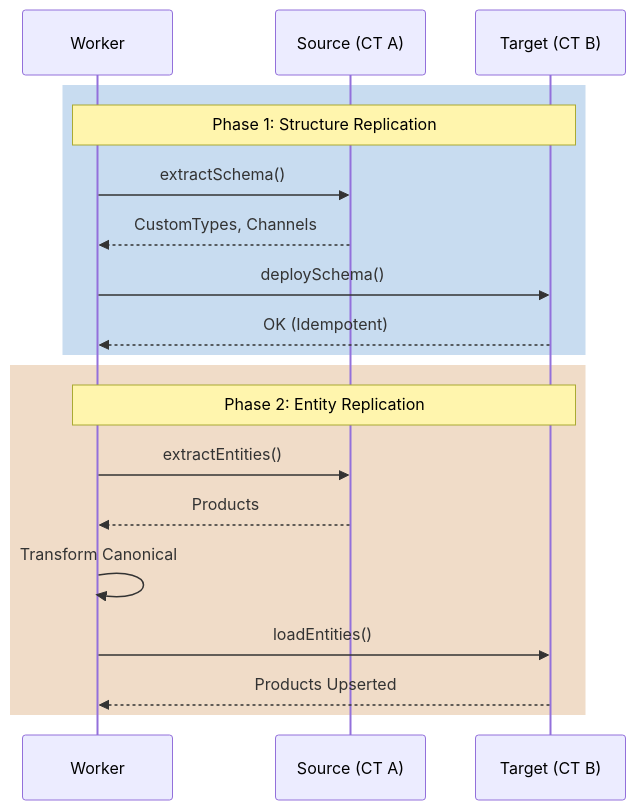
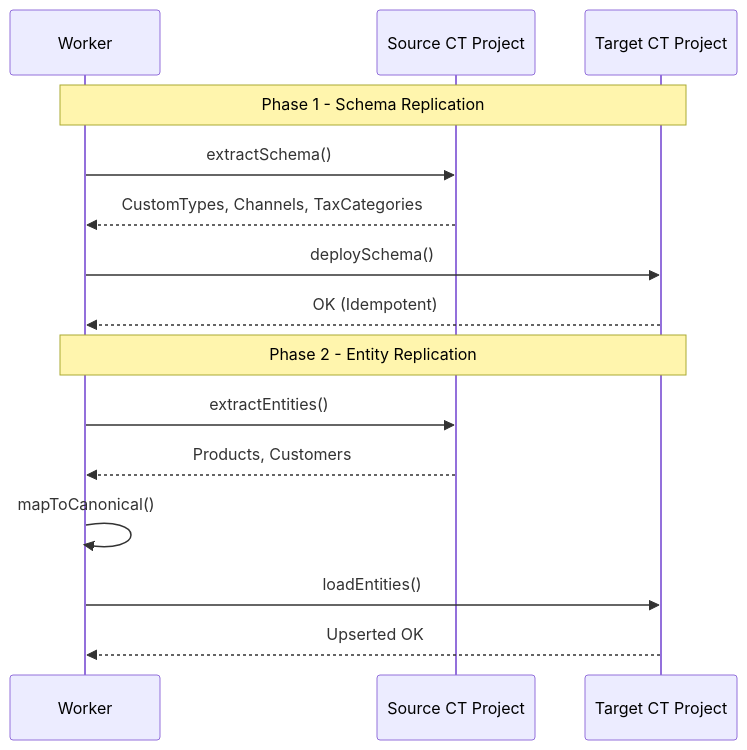
One commit to sonishivam1/commerce-orchestrator changed the third of 4 diagrams in docs/architecture/job-topologies.md. Above: the diagram before and after it, drawn with Mermaid. The commit also changed other lines of this file and 3 other files, not shown here.

Commit message:
fix(docs): remove invalid @ node IDs and classDef colors from all Mermaid diagrams for GitHub compatibility

````diff
--- a/docs/architecture/job-topologies.md
+++ b/docs/architecture/job-topologies.md
@@ -37,23 +37,19 @@
 ```mermaid
 sequenceDiagram
-    participant Worker as Worker
-    participant CT_A as Source (CT A)
-    participant CT_B as Target (CT B)
-    
-    rect rgb(200, 220, 240)
-        Note over Worker,CT_B: Phase 1: Structure Replication
-        Worker->>CT_A: extractSchema()
-        CT_A-->>Worker: CustomTypes, Channels
-        Worker->>CT_B: deploySchema()
-        CT_B-->>Worker: OK (Idempotent)
-    end
-    
-    rect rgb(240, 220, 200)
-        Note over Worker,CT_B: Phase 2: Entity Replication
-        Worker->>CT_A: extractEntities()
-        CT_A-->>Worker: Products
-        Worker->>Worker: Transform Canonical
-        Worker->>CT_B: loadEntities()
-        CT_B-->>Worker: Products Upserted
-    end
+    participant Worker
+    participant SourceCT as Source CT Project
+    participant TargetCT as Target CT Project
+
+    Note over Worker,TargetCT: Phase 1 - Schema Replication
+    Worker->>SourceCT: extractSchema()
+    SourceCT-->>Worker: CustomTypes, Channels, TaxCategories
+    Worker->>TargetCT: deploySchema()
+    TargetCT-->>Worker: OK (Idempotent)
+
+    Note over Worker,TargetCT: Phase 2 - Entity Replication
+    Worker->>SourceCT: extractEntities()
+    SourceCT-->>Worker: Products, Customers
+    Worker->>Worker: mapToCanonical()
+    Worker->>TargetCT: loadEntities()
+    TargetCT-->>Worker: Upserted OK
 ```
````
